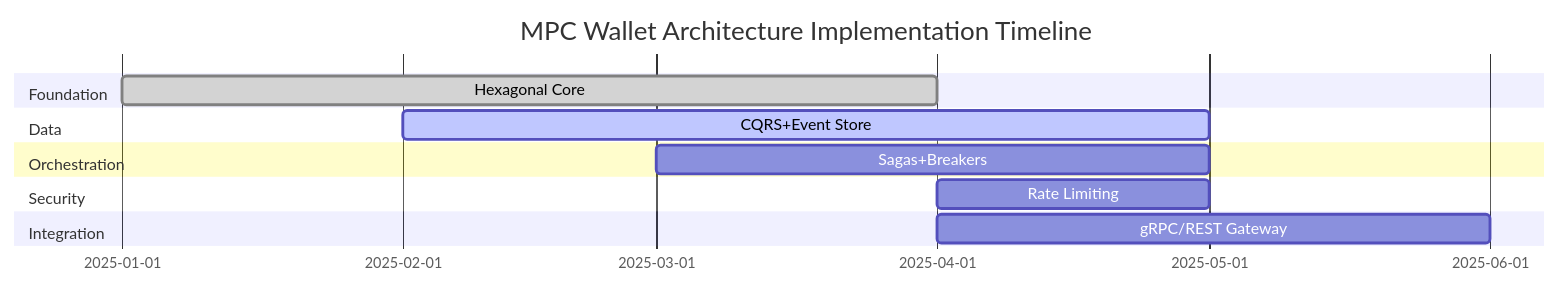
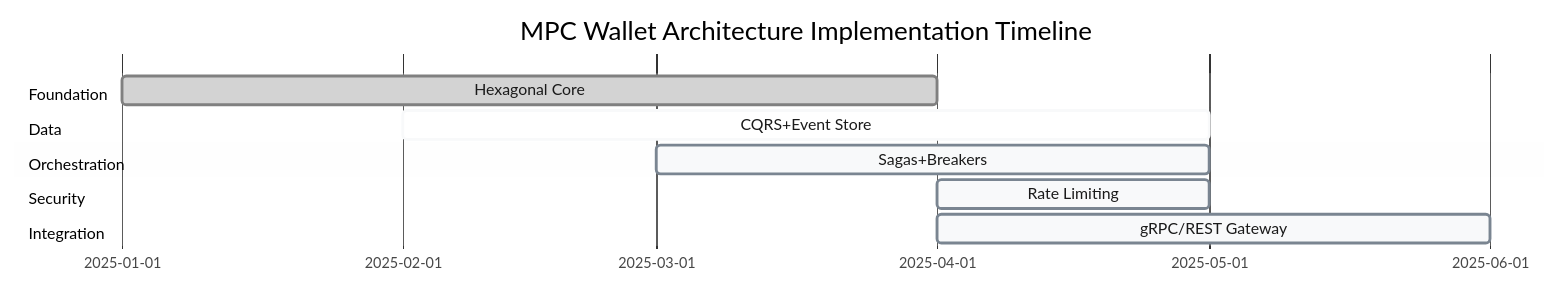
One commit to ljg-cqu/knowledge changed diagram 17 of 18 in Workplace/Interview/Blockchain/Posts/MPCWalletEngineer/Architecture/GPT5_Revised.md. Above: the diagram before and after it, drawn with Mermaid. The commit also changed other lines of this file and 13 other files, not shown here.

Commit message:
Enhance visual consistency and readability of diagrams in ZencoderAuto+_Revised.md by updating theme variables and styles across all mermaid charts. Adjust colors for improved contrast and clarity, ensuring a cohesive design throughout the document.

````diff
--- a/Workplace/Interview/Blockchain/Posts/MPCWalletEngineer/Architecture/GPT5_Revised.md
+++ b/Workplace/Interview/Blockchain/Posts/MPCWalletEngineer/Architecture/GPT5_Revised.md
@@ -720,15 +938,24 @@
 ```mermaid
+%%{init: {
+  "theme": "base",
+  "themeVariables": {
+    "primaryColor": "#f8f9fa",
+    "primaryTextColor": "#1a1a1a",
+    "primaryBorderColor": "#7a8591",
+    "gridColor": "#8897a8"
+  }
+}}%%
 gantt
     title MPC Wallet Architecture Implementation Timeline
     dateFormat YYYY-MM
     section Foundation
     Hexagonal Core :done, hex, 2025-01, 3M
     section Data
     CQRS+Event Store :active, cqrs, 2025-02, 3M
     section Orchestration
     Sagas+Breakers :saga, 2025-03, 2M
     section Security
     Rate Limiting :rl, 2025-04, 1M
     section Integration
     gRPC/REST Gateway :grpc, 2025-04, 2M
 ```
````
